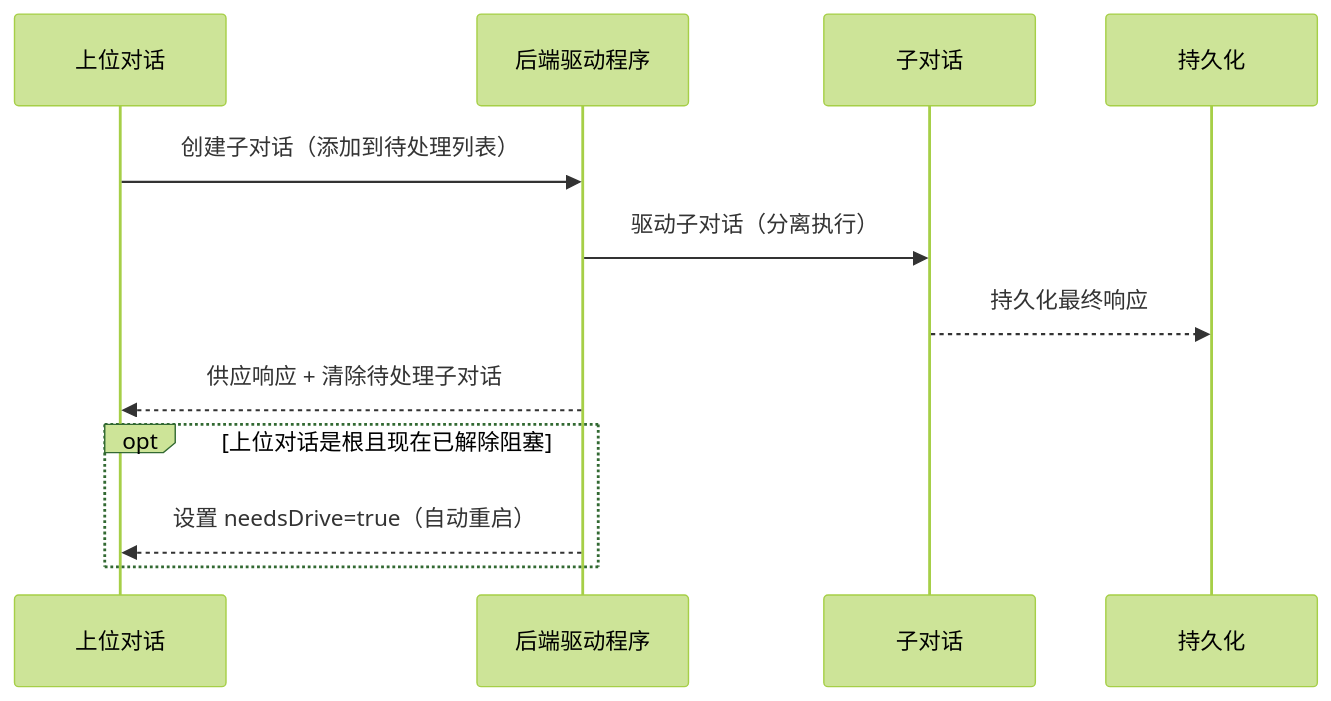
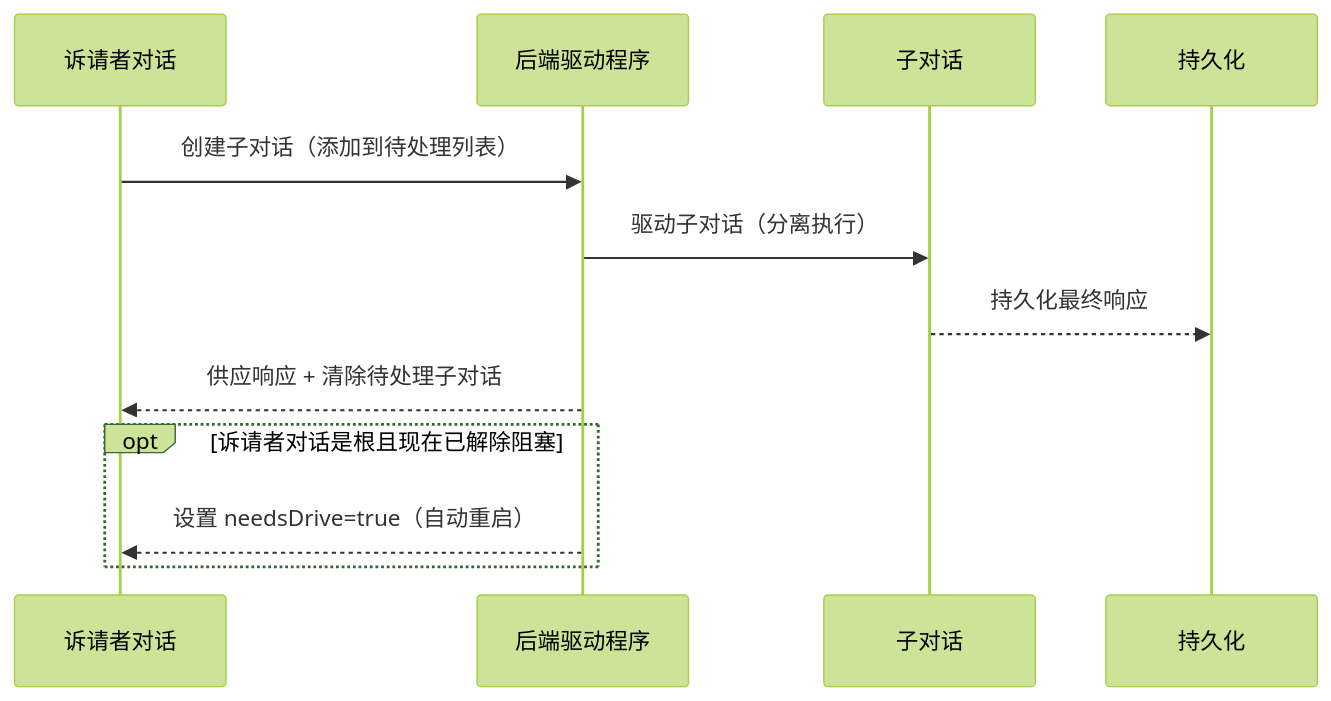
The seventh of 18 diagrams in docs/dialog-system.zh.md (longrun-ai/dominds), drawn with Mermaid (forest theme) before and after one commit. The commit also changed other lines of this file and 13 other files, not shown here.

````diff
--- a/docs/dialog-system.zh.md
+++ b/docs/dialog-system.zh.md
@@ -605,15 +626,15 @@
 ```mermaid
 sequenceDiagram
-  participant Sup as 上位对话
+  participant Sup as 诉请者对话
   participant Driver as 后端驱动程序
   participant Sub as 子对话
   participant Store as 持久化
 
   Sup->>Driver: 创建子对话（添加到待处理列表）
   Driver->>Sub: 驱动子对话（分离执行）
   Sub-->>Store: 持久化最终响应
   Driver-->>Sup: 供应响应 + 清除待处理子对话
-  opt 上位对话是根且现在已解除阻塞
+  opt 诉请者对话是根且现在已解除阻塞
     Driver-->>Sup: 设置 needsDrive=true（自动重启）
   end
 ```
````
